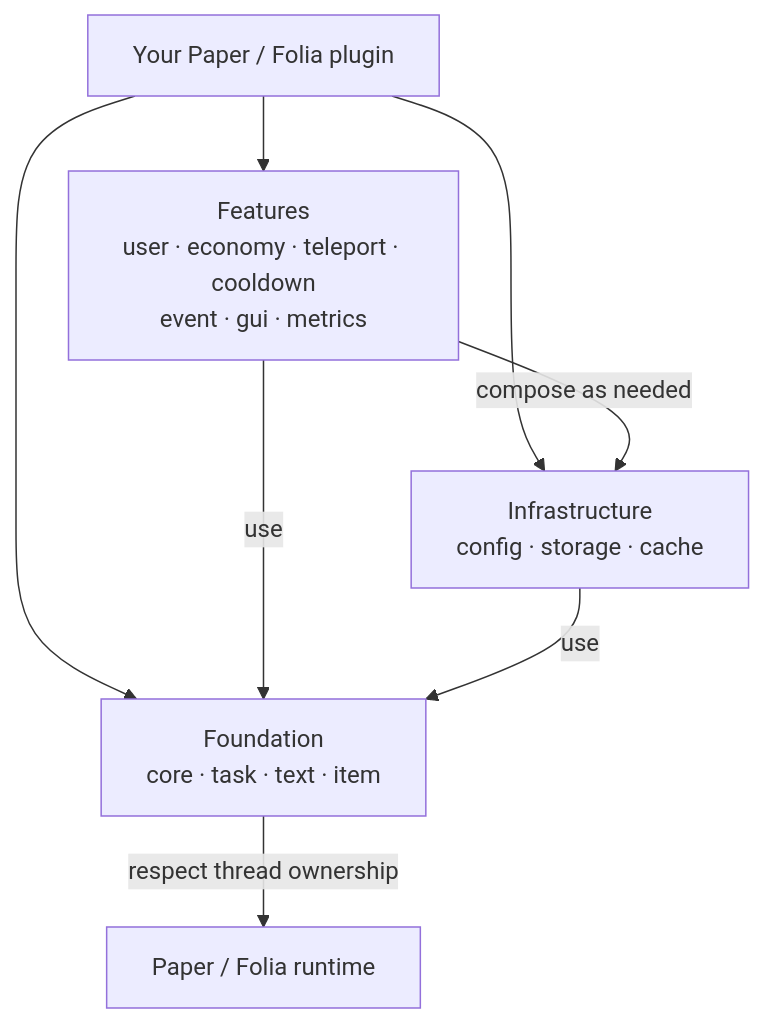
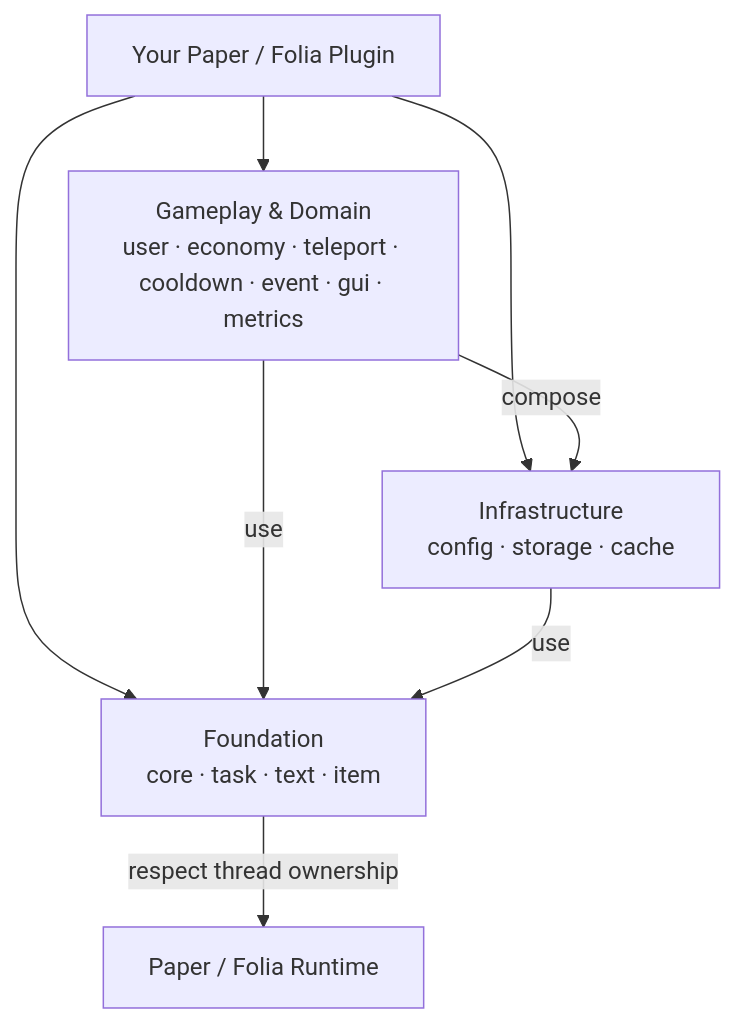
Before and after one commit to HanielCota/Cotani: the diagram in README.md, drawn with Mermaid. The commit also changed other lines of this file and 1 other file, not shown here.

````diff
--- a/README.md
+++ b/README.md
@@ -122,16 +149,16 @@
 ```mermaid
 flowchart TB
-    Plugin["Your Paper / Folia plugin"]
-    Features["Features<br/>user · economy · teleport · cooldown<br/>event · gui · metrics"]
+    Plugin["Your Paper / Folia Plugin"]
+    Features["Gameplay & Domain<br/>user · economy · teleport · cooldown · event · gui · metrics"]
     Infrastructure["Infrastructure<br/>config · storage · cache"]
     Foundation["Foundation<br/>core · task · text · item"]
-    Runtime["Paper / Folia runtime"]
+    Runtime["Paper / Folia Runtime"]
 
     Plugin --> Features
     Plugin --> Infrastructure
     Plugin --> Foundation
-    Features -->|compose as needed| Infrastructure
+    Features -->|compose| Infrastructure
     Features -->|use| Foundation
     Infrastructure -->|use| Foundation
     Foundation -->|respect thread ownership| Runtime
 ```
````
